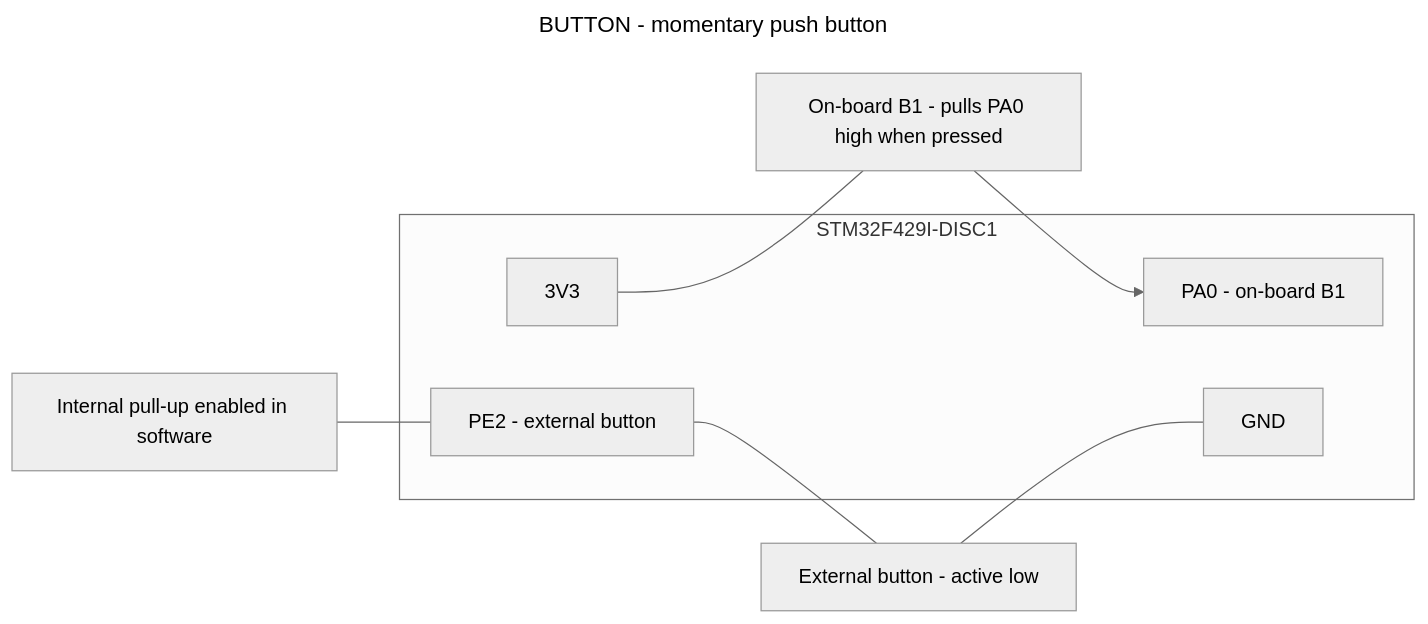
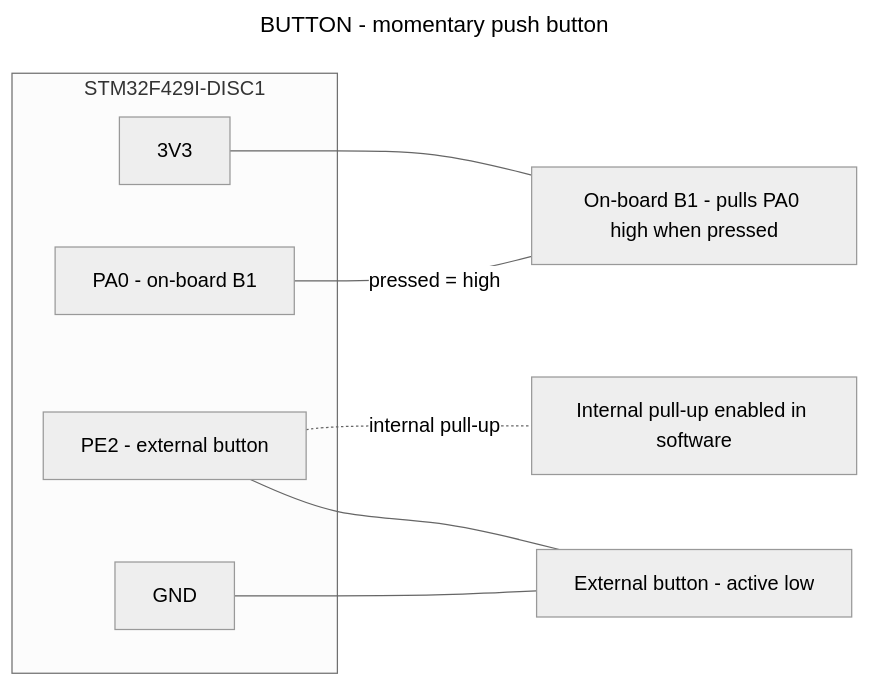
Before and after one commit to Ekpenyong-Esu/BareMetalMCU2: the diagram in Sensor_Cons/Peripherals/BUTTON/button_wiring.mmd, drawn with Mermaid (neutral theme). The commit also changed 19 other files, not shown here.

First line of the commit message:
Rank every wiring diagram into a single row

```diff
--- a/Sensor_Cons/Peripherals/BUTTON/button_wiring.mmd
+++ b/Sensor_Cons/Peripherals/BUTTON/button_wiring.mmd
@@ -1,24 +1,24 @@
 ---
 title: BUTTON - momentary push button
 ---
 %% Driver takes any port/pin; no defaults in code.
 %% PA0 is the on-board B1 (active HIGH on this board).
 %% PE2 is free in project.ioc and shown as the conventional active-low button.
 %% No external resistor needed - enable the internal pull-up or pull-down.
 flowchart LR
     subgraph MCU["STM32F429I-DISC1"]
         PA0["PA0 - on-board B1"]
         PE2["PE2 - external button"]
         V33["3V3"]
         GND["GND"]
     end
 
     B1["On-board B1 - pulls PA0 high when pressed"]
     BX["External button - active low"]
     PU["Internal pull-up enabled in software"]
 
     V33 --- B1
-    B1 --> PA0
-    PU --- PE2
+    PA0 ---|"pressed = high"| B1
+    PE2 -.-|"internal pull-up"| PU
     PE2 --- BX
-    BX --- GND
+    GND --- BX
```
